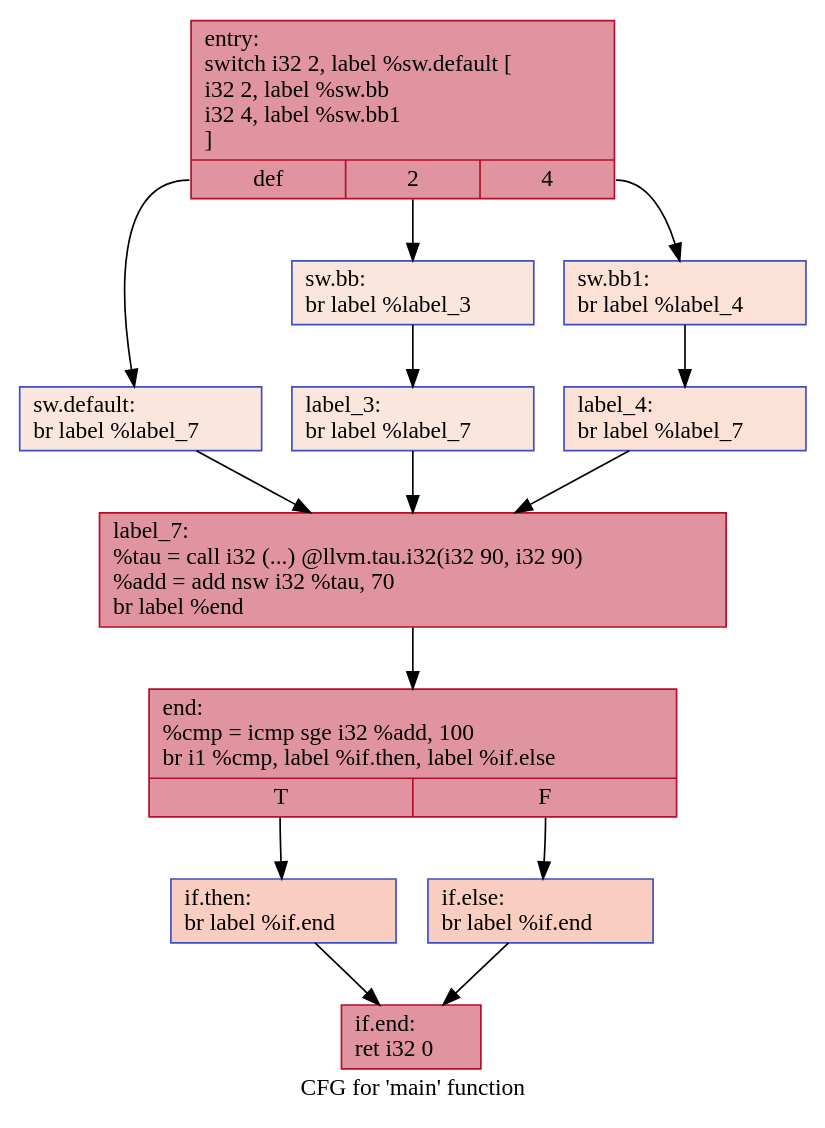
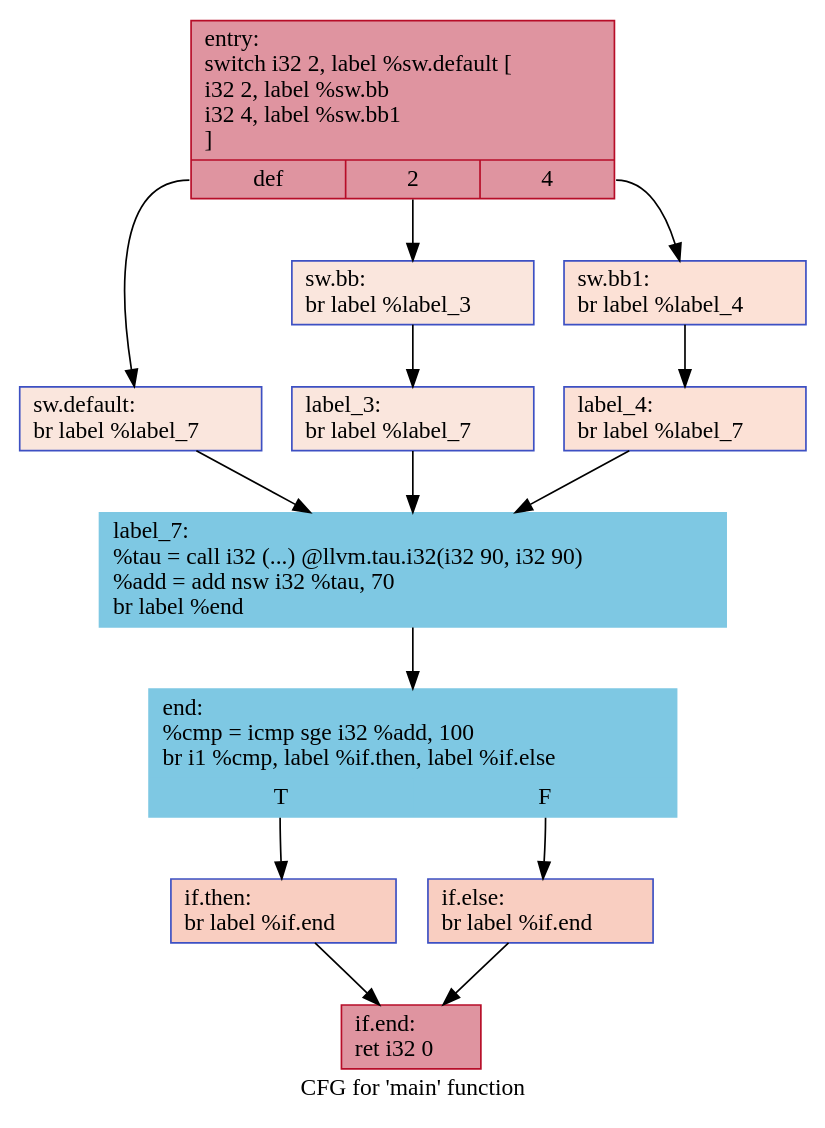
Before and after one commit to HPSSA-LLVM/HPSSA-LLVM: the diagram in IR/cfg/specSCCP_HPSSA.dot, drawn with Graphviz. The commit also changed 12 other files, not shown here.

```diff
--- a/IR/cfg/specSCCP_HPSSA.dot
+++ b/IR/cfg/specSCCP_HPSSA.dot
@@ -1,28 +1,28 @@
 digraph "CFG for 'main' function" {
 	label="CFG for 'main' function";
 
 	Node0x559c40deb7b0 [shape=record,color="#b70d28ff", style=filled, fillcolor="#b70d2870",label="{entry:\l  switch i32 2, label %sw.default [\l    i32 2, label %sw.bb\l    i32 4, label %sw.bb1\l  ]\l|{<s0>def|<s1>2|<s2>4}}"];
 	Node0x559c40deb7b0:s0 -> Node0x559c40deb8e0;
 	Node0x559c40deb7b0:s1 -> Node0x559c40deb960;
 	Node0x559c40deb7b0:s2 -> Node0x559c40deba00;
 	Node0x559c40deb960 [shape=record,color="#3d50c3ff", style=filled, fillcolor="#f3c7b170",label="{sw.bb:                                            \l  br label %label_3\l}"];
 	Node0x559c40deb960 -> Node0x559c40debb90;
 	Node0x559c40deba00 [shape=record,color="#3d50c3ff", style=filled, fillcolor="#f7bca170",label="{sw.bb1:                                           \l  br label %label_4\l}"];
 	Node0x559c40deba00 -> Node0x559c40debc70;
 	Node0x559c40deb8e0 [shape=record,color="#3d50c3ff", style=filled, fillcolor="#f3c7b170",label="{sw.default:                                       \l  br label %label_7\l}"];
 	Node0x559c40deb8e0 -> Node0x559c40debd50;
 	Node0x559c40debb90 [shape=record,color="#3d50c3ff", style=filled, fillcolor="#f3c7b170",label="{label_3:                                          \l  br label %label_7\l}"];
 	Node0x559c40debb90 -> Node0x559c40debd50;
 	Node0x559c40debc70 [shape=record,color="#3d50c3ff", style=filled, fillcolor="#f7bca170",label="{label_4:                                          \l  br label %label_7\l}"];
 	Node0x559c40debc70 -> Node0x559c40debd50;
-	Node0x559c40debd50 [shape=record,color="#b70d28ff", style=filled, fillcolor="#b70d2870",label="{label_7:                                          \l  %tau = call i32 (...) @llvm.tau.i32(i32 90, i32 90)\l  %add = add nsw i32 %tau, 70\l  br label %end\l}"];
+	Node0x559c40debd50 [shape=record,color="#7EC8E3", style=filled, fillcolor="#7EC8E3",label="{label_7:                                          \l  %tau = call i32 (...) @llvm.tau.i32(i32 90, i32 90)\l  %add = add nsw i32 %tau, 70\l  br label %end\l}"];
 	Node0x559c40debd50 -> Node0x559c40dec210;
-	Node0x559c40dec210 [shape=record,color="#b70d28ff", style=filled, fillcolor="#b70d2870",label="{end:                                              \l  %cmp = icmp sge i32 %add, 100\l  br i1 %cmp, label %if.then, label %if.else\l|{<s0>T|<s1>F}}"];
+	Node0x559c40dec210 [shape=record,color="#7EC8E3", style=filled, fillcolor="#7EC8E3",label="{end:                                              \l  %cmp = icmp sge i32 %add, 100\l  br i1 %cmp, label %if.then, label %if.else\l|{<s0>T|<s1>F}}"];
 	Node0x559c40dec210:s0 -> Node0x559c40dec3d0;
 	Node0x559c40dec210:s1 -> Node0x559c40dec440;
 	Node0x559c40dec3d0 [shape=record,color="#3d50c3ff", style=filled, fillcolor="#f2907270",label="{if.then:                                          \l  br label %if.end\l}"];
 	Node0x559c40dec3d0 -> Node0x559c40dec700;
 	Node0x559c40dec440 [shape=record,color="#3d50c3ff", style=filled, fillcolor="#f2907270",label="{if.else:                                          \l  br label %if.end\l}"];
 	Node0x559c40dec440 -> Node0x559c40dec700;
 	Node0x559c40dec700 [shape=record,color="#b70d28ff", style=filled, fillcolor="#b70d2870",label="{if.end:                                           \l  ret i32 0\l}"];
 }
```
